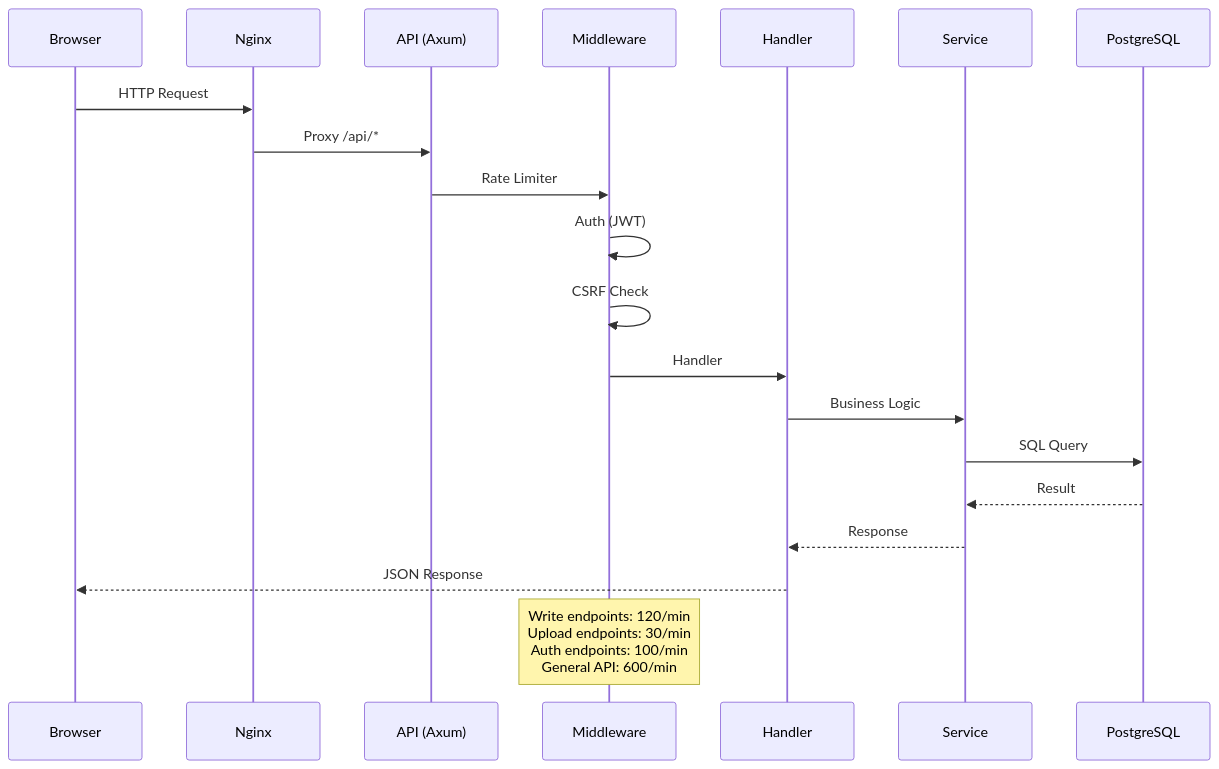
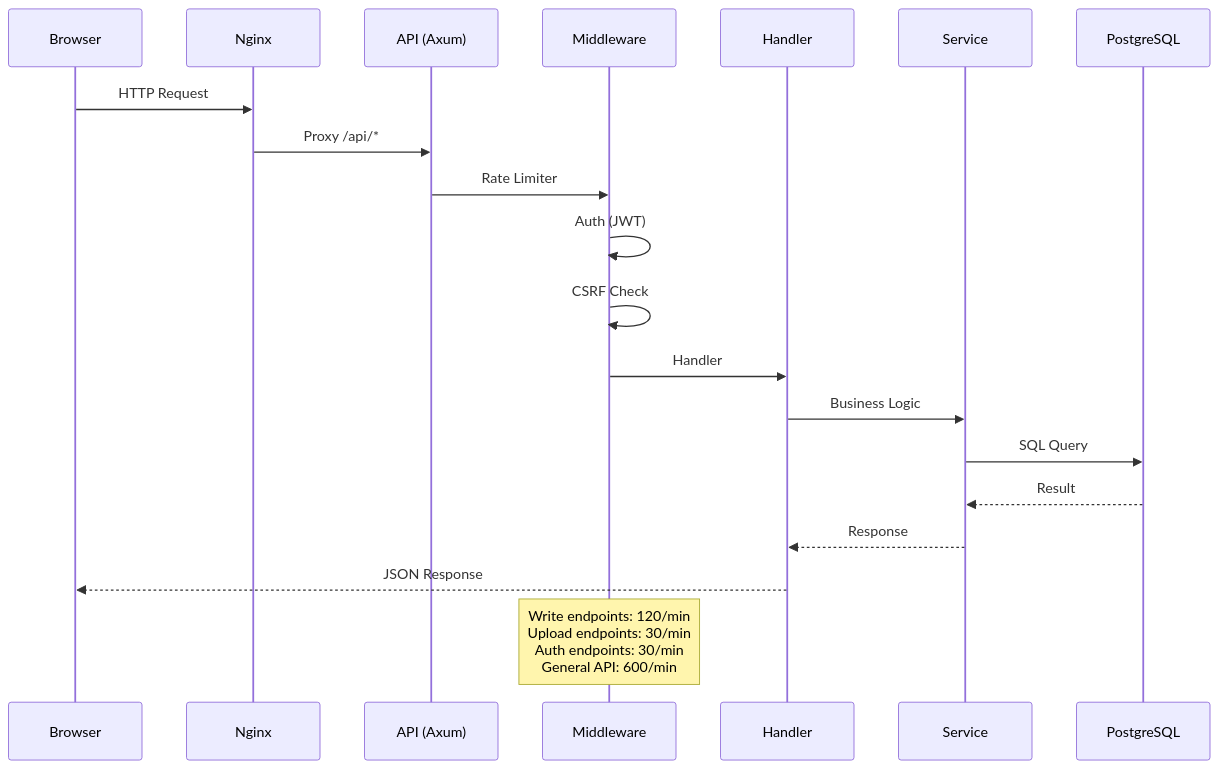
The second of 4 diagrams in docs/ARCHITECTURE.md (delightening/ipig_system), drawn with Mermaid before and after one commit. The commit also changed other lines of this file and 7 other files, not shown here.

````diff
--- a/docs/ARCHITECTURE.md
+++ b/docs/ARCHITECTURE.md
@@ -52,24 +52,24 @@
 ```mermaid
 sequenceDiagram
     participant B as Browser
     participant N as Nginx
     participant A as API (Axum)
     participant MW as Middleware
     participant H as Handler
     participant S as Service
     participant D as PostgreSQL
 
     B->>N: HTTP Request
     N->>A: Proxy /api/*
     A->>MW: Rate Limiter
     MW->>MW: Auth (JWT)
     MW->>MW: CSRF Check
     MW->>H: Handler
     H->>S: Business Logic
     S->>D: SQL Query
     D-->>S: Result
     S-->>H: Response
     H-->>B: JSON Response
 
-    Note over MW: Write endpoints: 120/min<br/>Upload endpoints: 30/min<br/>Auth endpoints: 100/min<br/>General API: 600/min
+    Note over MW: Write endpoints: 120/min<br/>Upload endpoints: 30/min<br/>Auth endpoints: 30/min<br/>General API: 600/min
 ```
````
